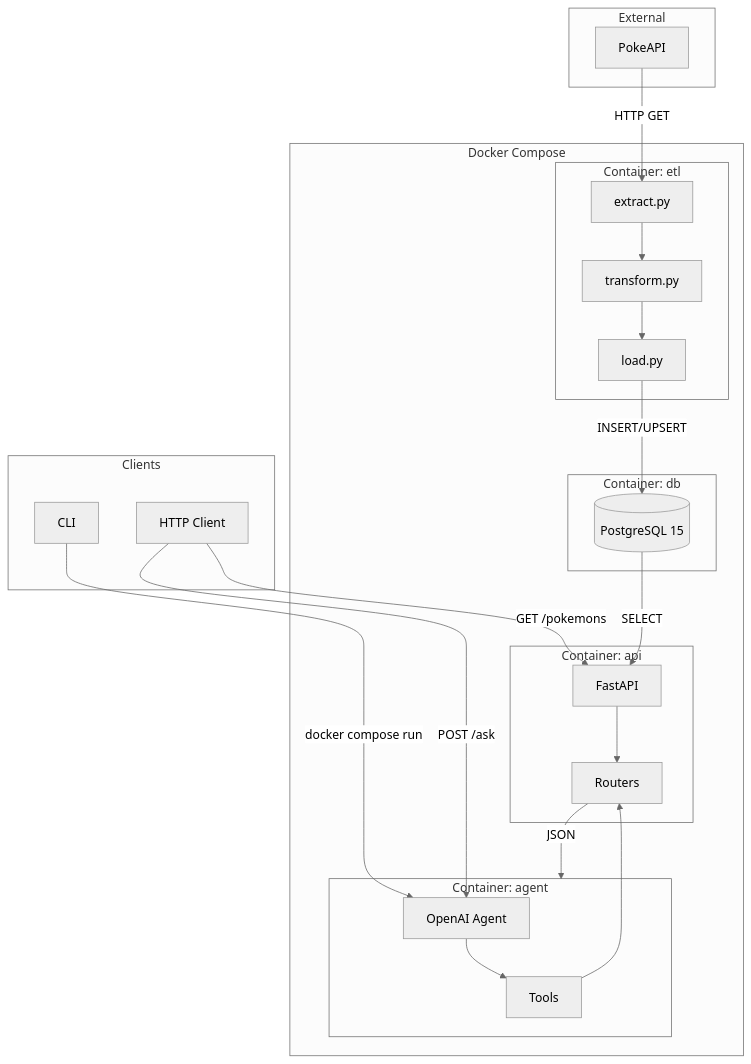
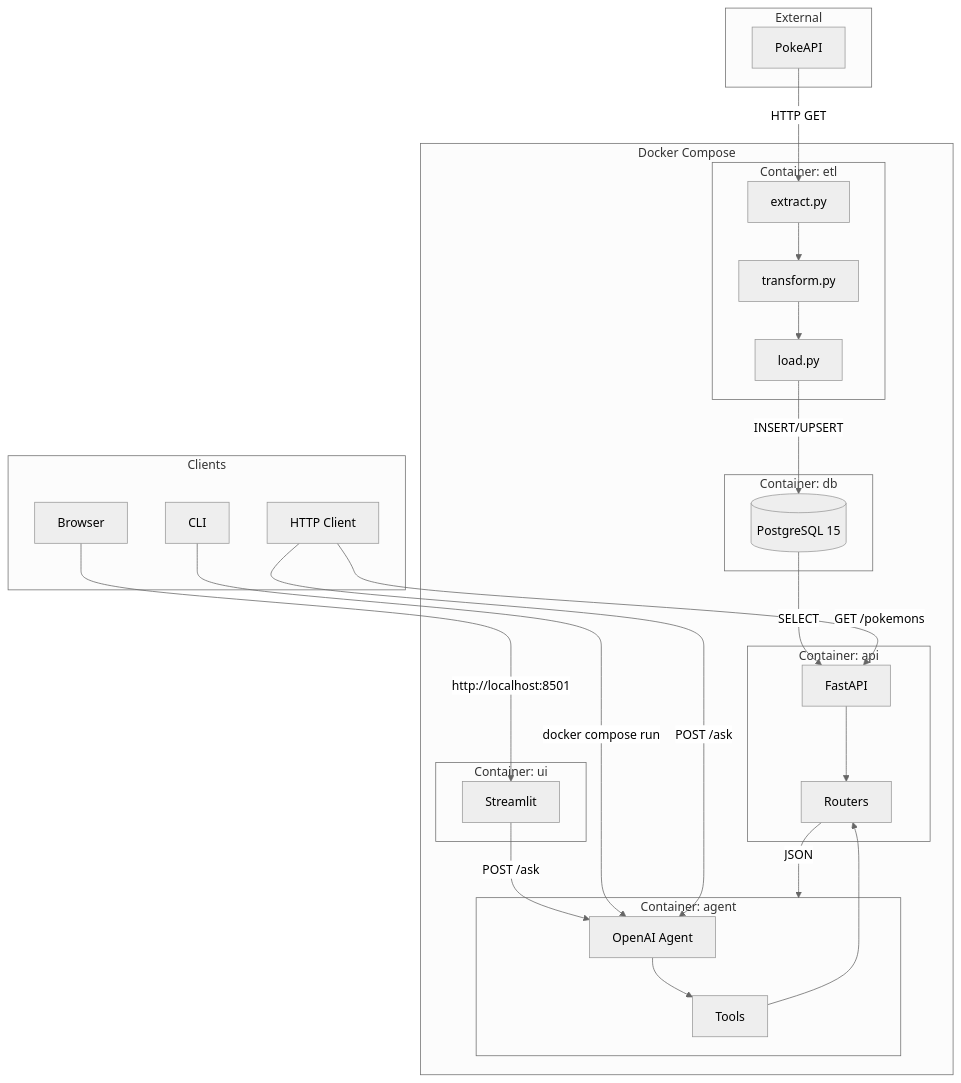
Before and after one commit to gleisontorres/desafio-data-engineer-spec: the diagram in README.md, drawn with Mermaid (neutral theme). The commit also changed other lines of this file and 7 other files, not shown here.

````diff
--- a/README.md
+++ b/README.md
@@ -17,47 +17,54 @@
 ```mermaid
 flowchart TB
     subgraph External
         POKEAPI[PokeAPI]
     end
 
     subgraph Docker["Docker Compose"]
         subgraph ETL["Container: etl"]
             E[extract.py]
             T[transform.py]
             L[load.py]
         end
 
         subgraph DB["Container: db"]
             PG[(PostgreSQL 15)]
         end
 
         subgraph API["Container: api"]
             FA[FastAPI]
             R[Routers]
         end
 
         subgraph AGENT["Container: agent"]
             AG[OpenAI Agent]
             TOOLS[Tools]
         end
+
+        subgraph UI["Container: ui"]
+            ST[Streamlit]
+        end
     end
 
     subgraph Clients
         CLI[CLI]
         HTTP[HTTP Client]
+        BROWSER[Browser]
     end
 
     POKEAPI -->|HTTP GET| E
     E --> T
     T --> L
     L -->|INSERT/UPSERT| PG
     PG -->|SELECT| FA
     FA --> R
     R -->|JSON| AGENT
     TOOLS --> R
     AG --> TOOLS
+    ST -->|POST /ask| AG
 
     CLI -->|docker compose run| AG
     HTTP -->|POST /ask| AG
     HTTP -->|GET /pokemons| FA
+    BROWSER -->|http://localhost:8501| ST
 ```
````
